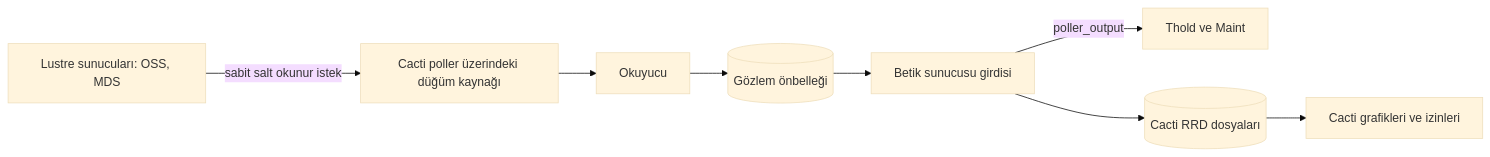
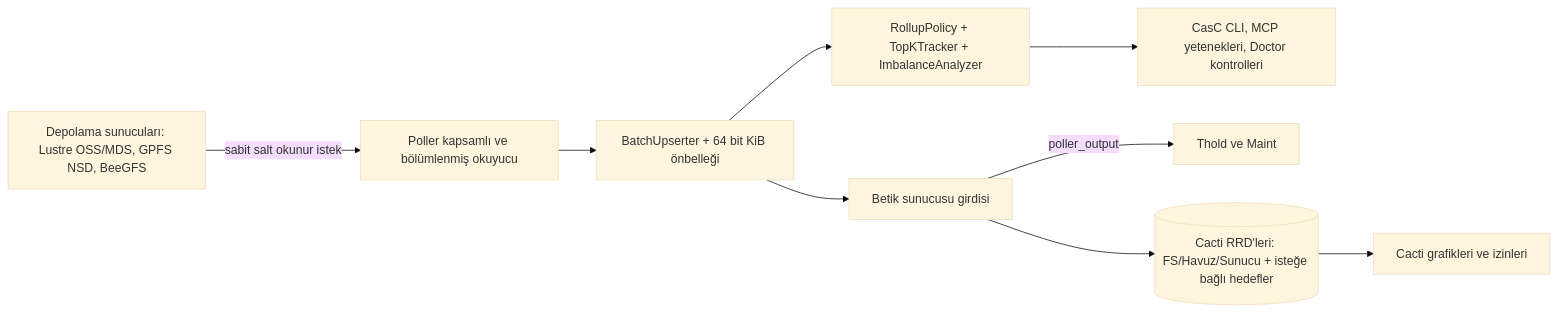
The diagram in docs/i18n/tr-TR/README.md (somethingwithproof/plugin_pfs), drawn with Mermaid (base theme) before and after one commit. The commit also changed other lines of this file and 47 other files, not shown here.

````diff
--- a/docs/i18n/tr-TR/README.md
+++ b/docs/i18n/tr-TR/README.md
@@ -64,10 +72,11 @@
 ```mermaid
 flowchart LR
-    N[Lustre sunucuları: OSS, MDS] -->|sabit salt okunur istek| S[Cacti poller üzerindeki düğüm kaynağı]
-    S --> R[Okuyucu]
-    R --> C[(Gözlem önbelleği)]
-    C --> SS[Betik sunucusu girdisi]
-    SS -->|poller_output| T[Thold ve Maint]
-    SS --> RRD[(Cacti RRD dosyaları)]
-    RRD --> G[Cacti grafikleri ve izinleri]
+    N["Depolama sunucuları: Lustre OSS/MDS, GPFS NSD, BeeGFS"] -->|sabit salt okunur istek| S["Poller kapsamlı ve bölümlenmiş okuyucu"]
+    S --> B["BatchUpserter + 64 bit KiB önbelleği"]
+    B --> R["RollupPolicy + TopKTracker + ImbalanceAnalyzer"]
+    B --> SS["Betik sunucusu girdisi"]
+    R --> ECO["CasC CLI, MCP yetenekleri, Doctor kontrolleri"]
+    SS -->|poller_output| T["Thold ve Maint"]
+    SS --> RRD[("Cacti RRD'leri: FS/Havuz/Sunucu + isteğe bağlı hedefler")]
+    RRD --> G["Cacti grafikleri ve izinleri"]
 ```
````
